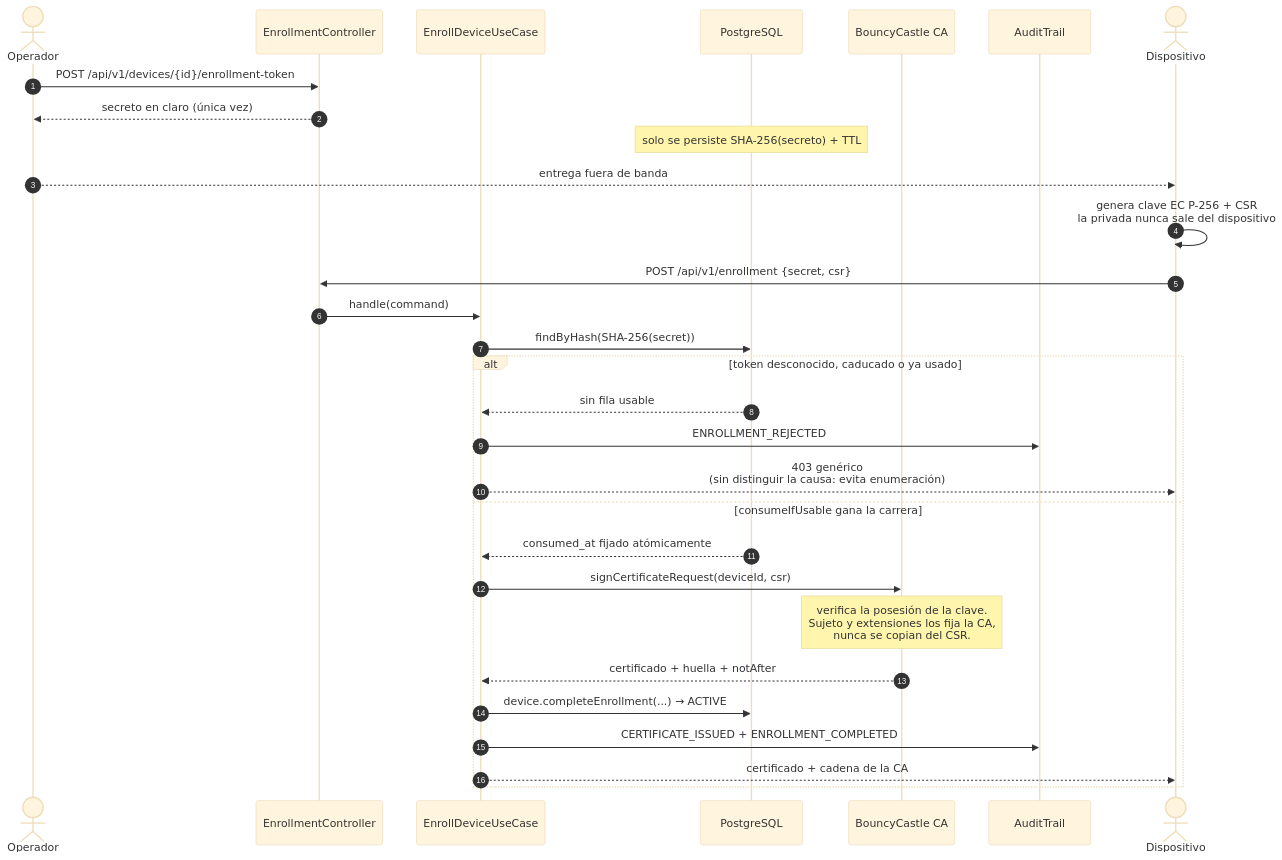
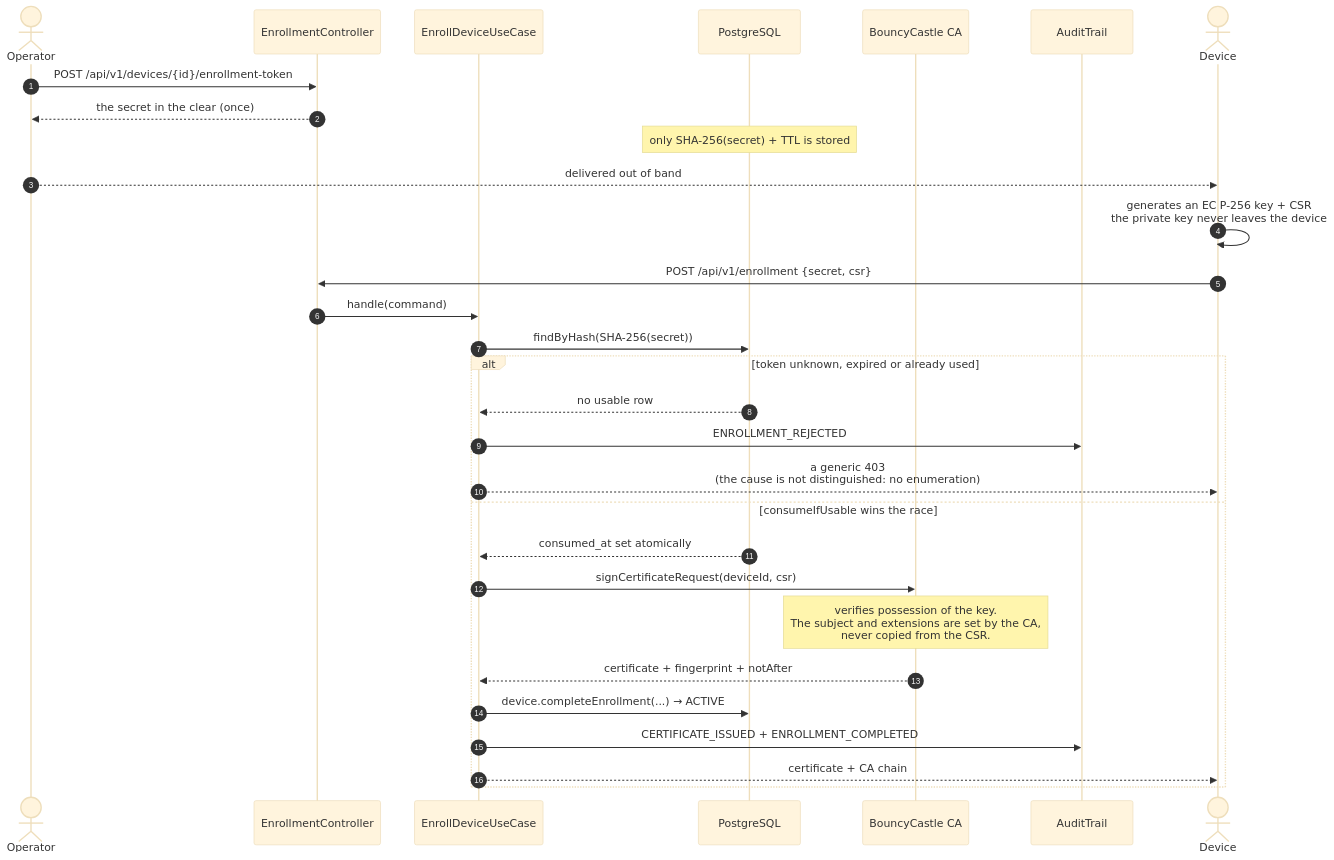
One commit to Zoel-Manchon/keystone-control-plane changed the fourth of 9 diagrams in README.md. Above: the diagram before and after it, drawn with Mermaid (base theme). The commit also changed other lines of this file, not shown here.

First line of the commit message:
docs: rewrite the README in English, around the architecture

````diff
--- a/README.md
+++ b/README.md
@@ -166,35 +187,35 @@
 ```mermaid
 sequenceDiagram
     autonumber
-    actor OP as Operador
+    actor OP as Operator
     participant API as EnrollmentController
     participant UC as EnrollDeviceUseCase
     participant DB as PostgreSQL
     participant CA as BouncyCastle CA
     participant AUD as AuditTrail
-    actor DEV as Dispositivo
+    actor DEV as Device
 
     OP->>API: POST /api/v1/devices/{id}/enrollment-token
-    API-->>OP: secreto en claro (única vez)
-    Note over DB: solo se persiste SHA-256(secreto) + TTL
+    API-->>OP: the secret in the clear (once)
+    Note over DB: only SHA-256(secret) + TTL is stored
 
-    OP-->>DEV: entrega fuera de banda
-    DEV->>DEV: genera clave EC P-256 + CSR<br/>la privada nunca sale del dispositivo
+    OP-->>DEV: delivered out of band
+    DEV->>DEV: generates an EC P-256 key + CSR<br/>the private key never leaves the device
     DEV->>API: POST /api/v1/enrollment {secret, csr}
     API->>UC: handle(command)
     UC->>DB: findByHash(SHA-256(secret))
 
-    alt token desconocido, caducado o ya usado
-        DB-->>UC: sin fila usable
+    alt token unknown, expired or already used
+        DB-->>UC: no usable row
         UC->>AUD: ENROLLMENT_REJECTED
-        UC-->>DEV: 403 genérico<br/>(sin distinguir la causa: evita enumeración)
-    else consumeIfUsable gana la carrera
-        DB-->>UC: consumed_at fijado atómicamente
+        UC-->>DEV: a generic 403<br/>(the cause is not distinguished: no enumeration)
+    else consumeIfUsable wins the race
+        DB-->>UC: consumed_at set atomically
         UC->>CA: signCertificateRequest(deviceId, csr)
-        Note over CA: verifica la posesión de la clave.<br/>Sujeto y extensiones los fija la CA,<br/>nunca se copian del CSR.
-        CA-->>UC: certificado + huella + notAfter
+        Note over CA: verifies possession of the key.<br/>The subject and extensions are set by the CA,<br/>never copied from the CSR.
+        CA-->>UC: certificate + fingerprint + notAfter
         UC->>DB: device.completeEnrollment(...) → ACTIVE
         UC->>AUD: CERTIFICATE_ISSUED + ENROLLMENT_COMPLETED
-        UC-->>DEV: certificado + cadena de la CA
+        UC-->>DEV: certificate + CA chain
     end
 ```
````
